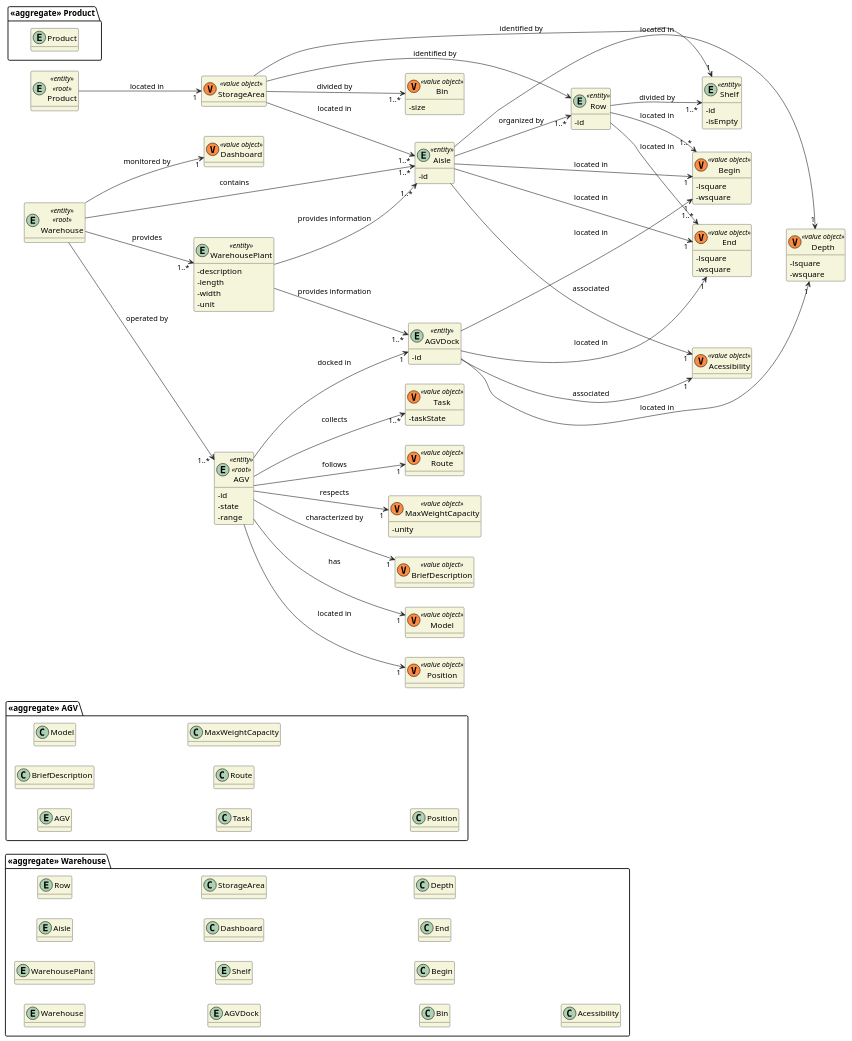
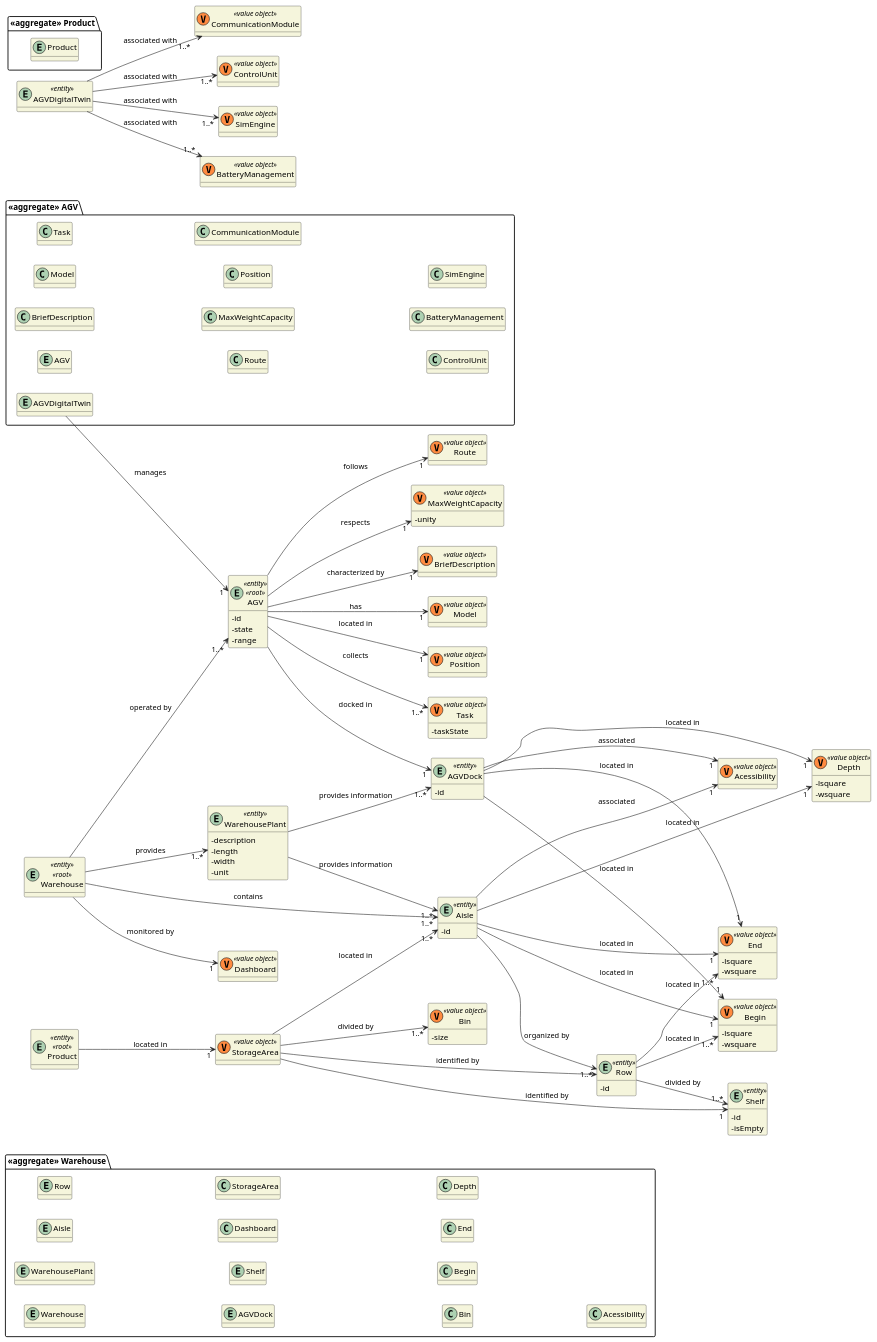
The diagram in docs/DM/DM_Warehouse.puml (0franciscor/lei21_22_s4_2de_01), drawn with PlantUML before and after one commit.

Commit message:
#1 - Changes made to the Digital Twin Component. Requires extra connections.

```diff
--- a/docs/DM/DM_Warehouse.puml
+++ b/docs/DM/DM_Warehouse.puml
@@ -1,166 +1,189 @@
 @startuml
 
 hide methods
 left to right direction
 skinparam classAttributeIconSize 0
 skinparam classBackgroundColor beige
 skinparam ArrowColor #222222
 
 package "<<aggregate>> Warehouse" {
     entity Warehouse
     entity WarehousePlant
     entity Aisle
     entity Row
     entity AGVDock
     entity Shelf
     class Dashboard
     class StorageArea
     class Bin
     class Begin
     class End
     class Depth
     class Acessibility
 }
 
 package "<<aggregate>> AGV" {
     entity AGV
+    entity AGVDigitalTwin
     class BriefDescription
     class Model
     class Task
     class Route
     class MaxWeightCapacity
     class Position
+    class CommunicationModule
+    class ControlUnit
+    class BatteryManagement
+    class SimEngine
 }
 
 package "<<aggregate>> Product" {
     entity Product
 }
 
 entity Product <<entity>> <<root>> {}
 
 entity WarehousePlant <<entity>> {
     -description
     -length
     -width
     -unit
 }
 
 entity AGV <<entity>> <<root>> {
     -id
     -state
     -range
 }
 
 entity AGVDock <<entity>> {
     -id
 }
 
 entity Warehouse <<entity>> <<root>> {
 }
 
 class Dashboard <<(V,#FF8B40) value object>>{}
 
 entity Shelf <<entity>>{
     -id
     -isEmpty
 }
 
 class StorageArea <<(V,#FF8B40) value object>>{}
 
 class Bin <<(V,#FF8B40) value object>>{
     -size
 }
 
 entity Aisle <<entity>>{
     -id
 }
 
 class Begin <<(V,#FF8B40) value object>>{
     -lsquare
     -wsquare
 }
 
 class End <<(V,#FF8B40) value object>>{
     -lsquare
     -wsquare
 }
 
 class Depth <<(V,#FF8B40) value object>>{
     -lsquare
     -wsquare
 }
 
 class Acessibility <<(V,#FF8B40) value object>>{}
 
 entity Row <<entity>>{
     -id
 }
 
 Product--> "1" StorageArea : located in
 
 Warehouse --> "1..*" Aisle : contains
 
 Warehouse --> "1" Dashboard : monitored by
 
 Warehouse --> "1..*" AGV : operated by
 
 Warehouse --> "1..*" WarehousePlant : provides
 
 WarehousePlant --> "1..*" Aisle : provides information
 
 WarehousePlant --> "1..*" AGVDock : provides information
 
 StorageArea --> "1..*" Aisle : located in
 
 Aisle --> "1..*" Row : organized by
 
 Aisle --> "1" Begin : located in
 Aisle --> "1" End : located in
 Aisle ----> "1" Depth : located in
 Aisle --> "1" Acessibility : associated
 
 Row --> "1..*" Shelf : divided by
 
 Row --> "1..*" Begin : located in
 
 Row --> "1..*" End : located in
 
 StorageArea --> Row : identified by
 
 StorageArea --> "1" Shelf : identified by
 
 StorageArea --> "1..*" Bin : divided by
 
 AGVDock ---> "1" Begin : located in
 AGVDock ---> "1" End : located in
 AGVDock ---> "1" Depth : located in
 AGVDock ---> "1" Acessibility : associated
 
+AGVDigitalTwin --> "1" AGV : manages
 
 entity AGV <<entity>> <<root>> {}
+
+entity AGVDigitalTwin <<entity>>{}
 
 class BriefDescription <<(V,#FF8B40) value object>> {}
 
 class Model <<(V,#FF8B40) value object>> {}
 
 class Position <<(V,#FF8B40) value object>> {}
 
 class Task<<(V,#FF8B40) value object>> {
     -taskState
 }
 
 class Route <<(V,#FF8B40) value object>> {}
 
 class MaxWeightCapacity <<(V,#FF8B40) value object>> {
 -unity
 }
 
 AGV --> "1..*" Task : collects
 AGV --> "1" Route : follows
 AGV --> "1" AGVDock : docked in
 AGV --> "1" Model : has
 AGV --> "1" BriefDescription : characterized by
 AGV --> "1" MaxWeightCapacity : respects
 AGV --> "1" Position : located in
 
+
+class CommunicationModule <<(V,#FF8B40) value object>> {}
+
+class ControlUnit <<(V,#FF8B40) value object>> {}
+
+class SimEngine <<(V,#FF8B40) value object>> {}
+
+class BatteryManagement <<(V,#FF8B40) value object>> {}
+
+
+AGVDigitalTwin --> "1..*" CommunicationModule : associated with
+AGVDigitalTwin --> "1..*" ControlUnit : associated with
+AGVDigitalTwin --> "1..*" SimEngine : associated with
+AGVDigitalTwin --> "1..*" BatteryManagement : associated with
+
 @enduml
```
